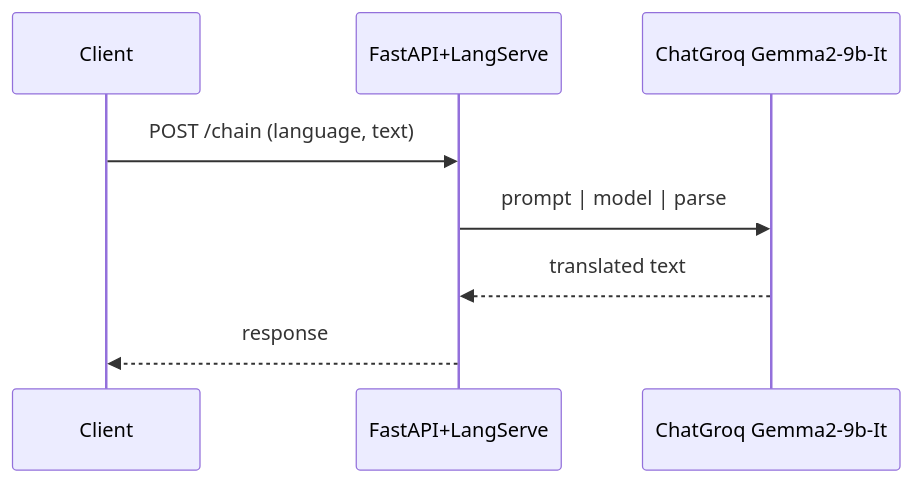
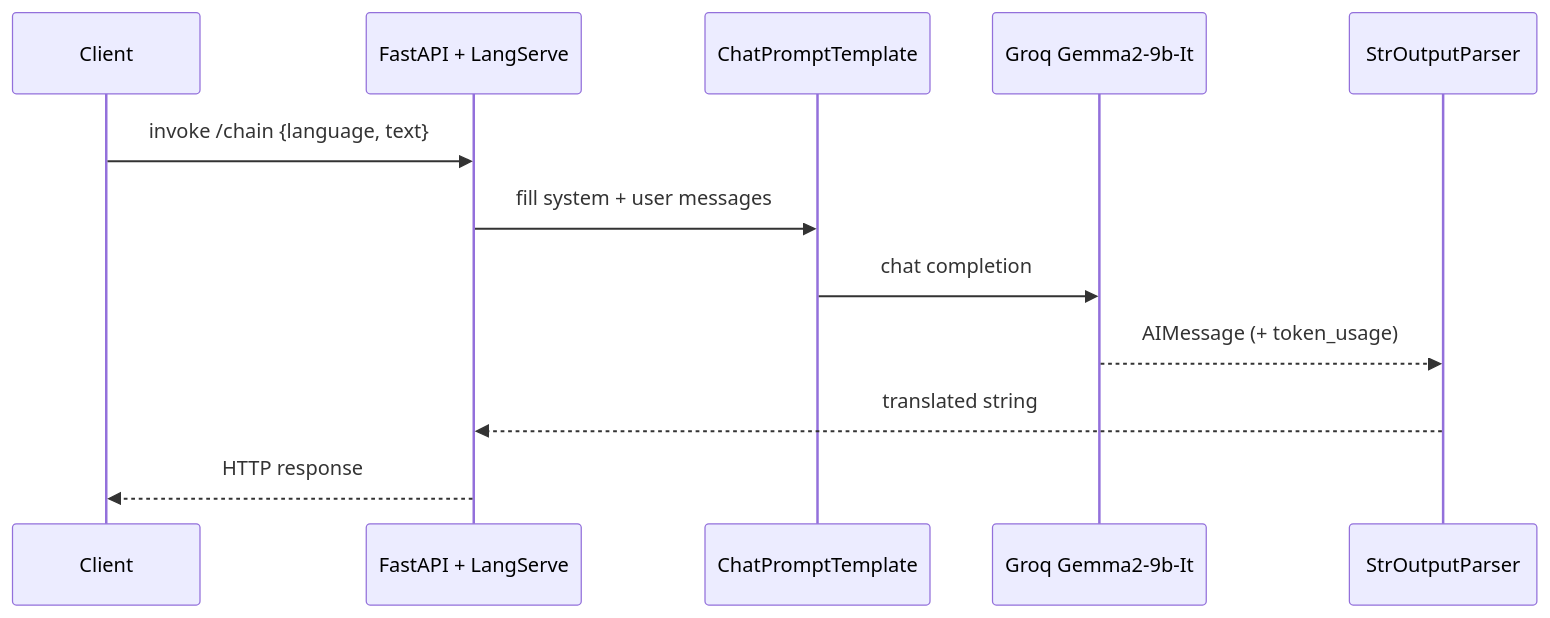
One commit to ArchanaChetan07/LangServe-Translator-API changed the fifth of 7 diagrams in README.md. Above: the diagram before and after it, drawn with Mermaid. The commit also changed other lines of this file, not shown here.

Commit message:
docs: FAANG-ready README with LCEL architecture, Groq timings, ATS keywords

````diff
--- a/README.md
+++ b/README.md
@@ -28,10 +122,14 @@
 ```mermaid
 sequenceDiagram
   participant C as Client
-  participant API as FastAPI+LangServe
-  participant G as ChatGroq Gemma2-9b-It
-  C->>API: POST /chain (language, text)
-  API->>G: prompt | model | parse
-  G-->>API: translated text
-  API-->>C: response
+  participant F as FastAPI + LangServe
+  participant P as ChatPromptTemplate
+  participant G as Groq Gemma2-9b-It
+  participant O as StrOutputParser
+  C->>F: invoke /chain {language, text}
+  F->>P: fill system + user messages
+  P->>G: chat completion
+  G-->>O: AIMessage (+ token_usage)
+  O-->>F: translated string
+  F-->>C: HTTP response
 ```
````
